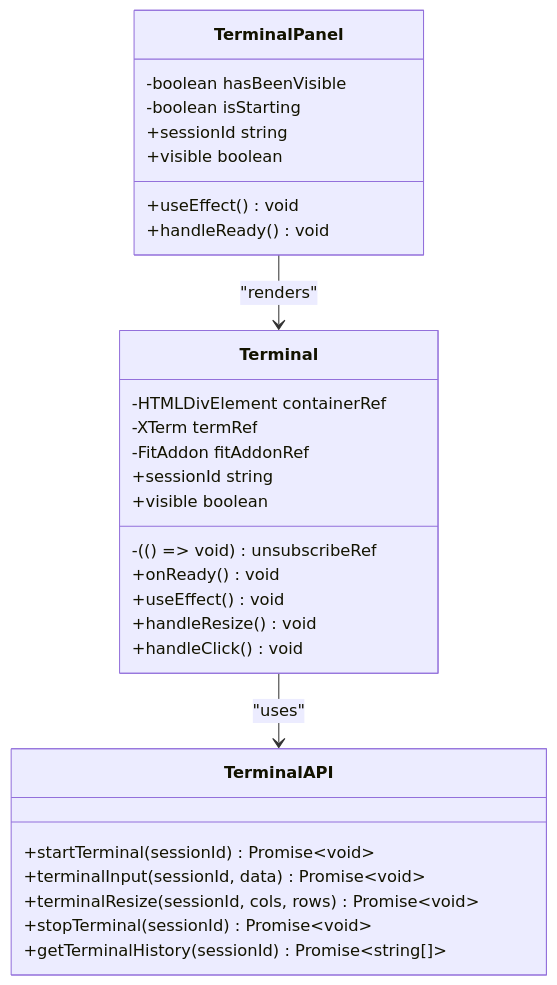
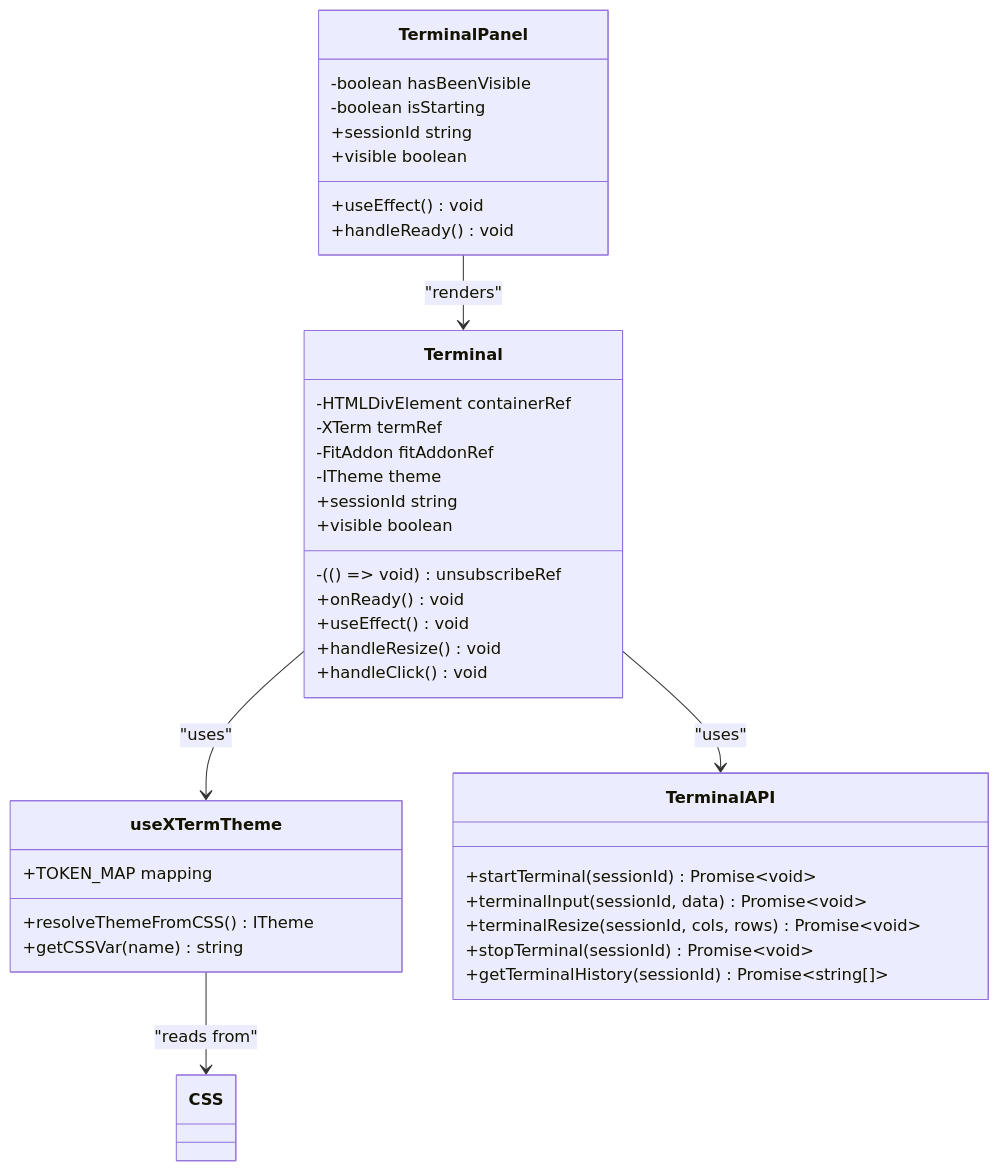
One commit to v0lka/c0wrk changed the seventh of 11 diagrams in .qoder/repowiki/en/content/Frontend Application/Terminal Emulation System.md. Above: the diagram before and after it, drawn with Mermaid. The commit also changed other lines of this file and 52 other files, not shown here.

````diff
--- a/.qoder/repowiki/en/content/Frontend Application/Terminal Emulation System.md
+++ b/.qoder/repowiki/en/content/Frontend Application/Terminal Emulation System.md
@@ -208,32 +314,40 @@
 ```mermaid
 classDiagram
 class Terminal {
 -HTMLDivElement containerRef
 -XTerm termRef
 -FitAddon fitAddonRef
 -(() => void) unsubscribeRef
+-ITheme theme
 +sessionId string
 +visible boolean
 +onReady() void
 +useEffect() void
 +handleResize() void
 +handleClick() void
+}
+class useXTermTheme {
++resolveThemeFromCSS() ITheme
++TOKEN_MAP mapping
++getCSSVar(name) string
 }
 class TerminalAPI {
 +startTerminal(sessionId) Promise~void~
 +terminalInput(sessionId, data) Promise~void~
 +terminalResize(sessionId, cols, rows) Promise~void~
 +stopTerminal(sessionId) Promise~void~
 +getTerminalHistory(sessionId) Promise~string[]~
 }
 class TerminalPanel {
 -boolean hasBeenVisible
 -boolean isStarting
 +sessionId string
 +visible boolean
 +useEffect() void
 +handleReady() void
 }
 TerminalPanel --> Terminal : "renders"
 Terminal --> TerminalAPI : "uses"
+Terminal --> useXTermTheme : "uses"
+useXTermTheme --> CSS : "reads from"
 ```
````
